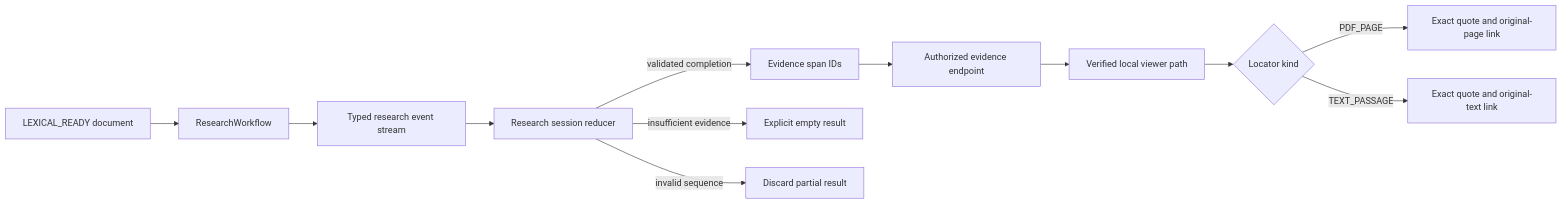
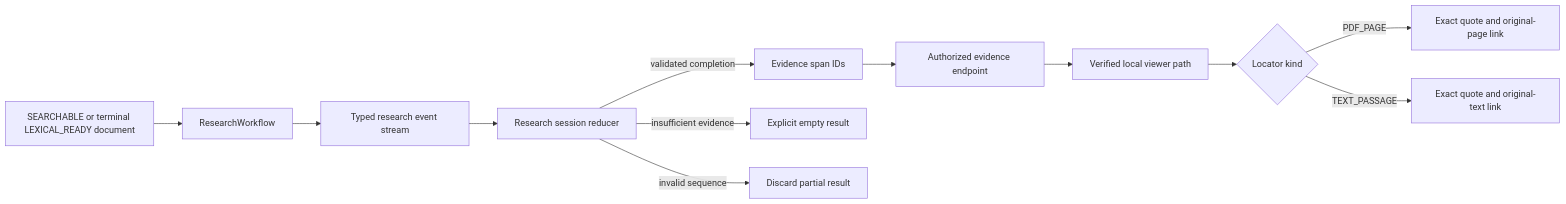
The third of 3 diagrams in frontend/src/features/archive/README.md (rnkraus/investment-research), drawn with Mermaid before and after one commit. The commit also changed other lines of this file and 14 other files, not shown here.

````diff
--- a/frontend/src/features/archive/README.md
+++ b/frontend/src/features/archive/README.md
@@ -65,14 +70,14 @@
 ```mermaid
 flowchart LR
-    READY[LEXICAL_READY document] --> FORM[ResearchWorkflow]
+    READY[SEARCHABLE or terminal LEXICAL_READY document] --> FORM[ResearchWorkflow]
     FORM --> STREAM[Typed research event stream]
     STREAM --> SESSION[Research session reducer]
     SESSION -->|validated completion| IDS[Evidence span IDs]
     IDS --> RESOLVE[Authorized evidence endpoint]
     RESOLVE --> SAFE[Verified local viewer path]
     SAFE --> LOCATOR{Locator kind}
     LOCATOR -->|PDF_PAGE| PAGE[Exact quote and original-page link]
     LOCATOR -->|TEXT_PASSAGE| TEXT[Exact quote and original-text link]
     SESSION -->|insufficient evidence| EMPTY[Explicit empty result]
     SESSION -->|invalid sequence| REJECT[Discard partial result]
 ```
````
